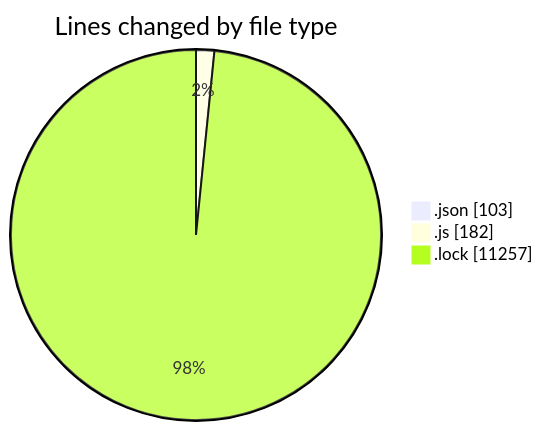
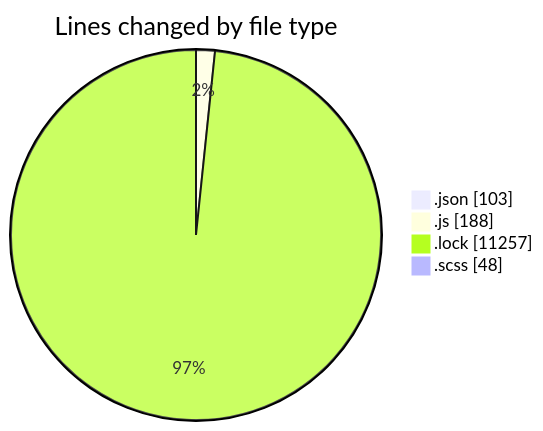
Before and after one commit to momahboobian/code-tracking: the first of 2 diagrams in 2026-01-06/cda/README.md, drawn with Mermaid. The commit also changed other lines of this file and 1 other file, not shown here.

````diff
--- a/2026-01-06/cda/README.md
+++ b/2026-01-06/cda/README.md
@@ -26,7 +27,8 @@
 ```mermaid
 pie showData
 title Lines changed by file type
 ".json" : 103
-".js" : 182
+".js" : 188
 ".lock" : 11257
+".scss" : 48
 ```
````
